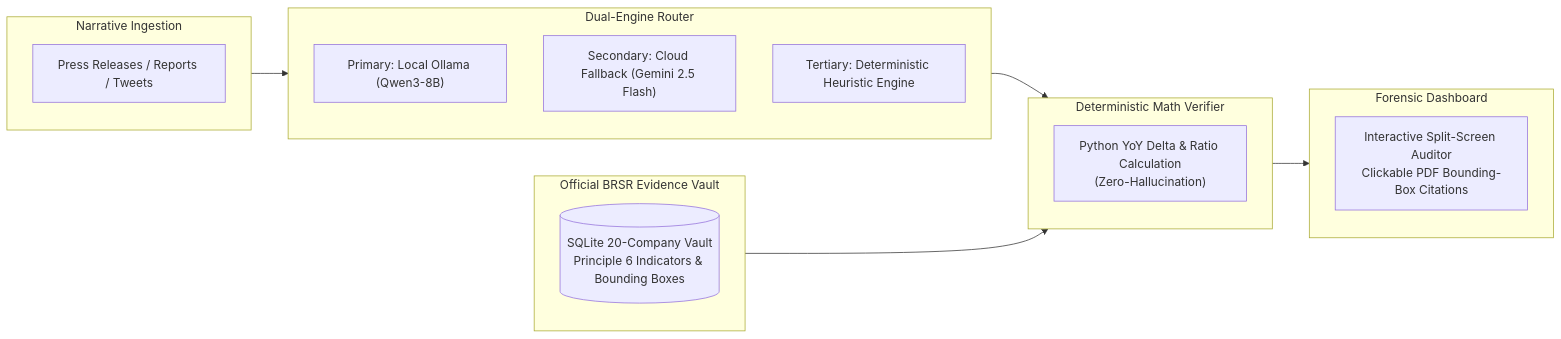
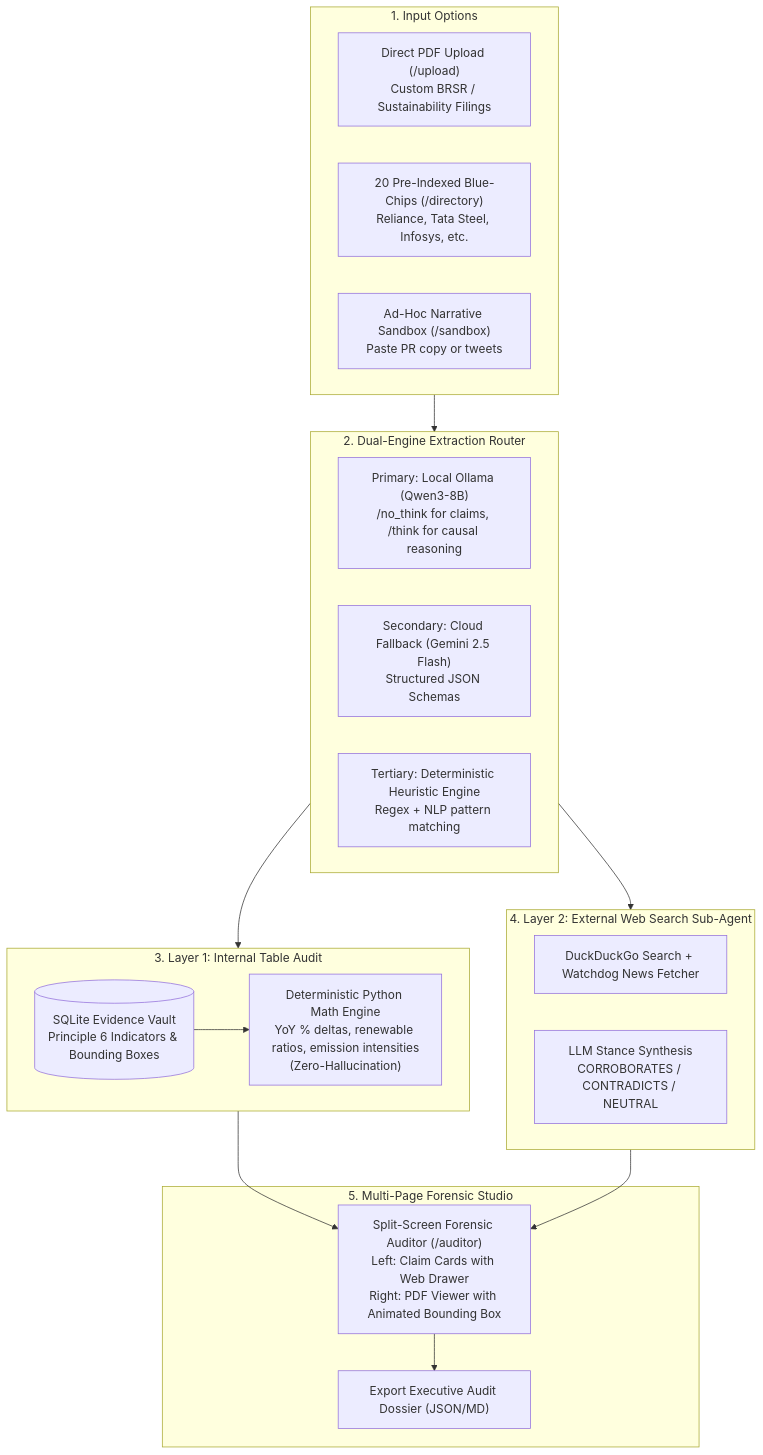
One commit to ojascoding100/Vishwakarandak26Hackathon changed the diagram in README.md. Above: the diagram before and after it, drawn with Mermaid. The commit also changed other lines of this file and 43 other files, not shown here.

Commit message:
feat(phase-2): multi-page app router, live PDF upload studio, and web search sub-agent

````diff
--- a/README.md
+++ b/README.md
@@ -35,29 +36,37 @@
 ```mermaid
-flowchart LR
-    subgraph INGESTION["Narrative Ingestion"]
-        PR["Press Releases / Reports / Tweets"]
+flowchart TD
+    subgraph INPUT["1. Input Options"]
+        UPLOAD["Direct PDF Upload (/upload)<br>Custom BRSR / Sustainability Filings"]
+        INDEX["20 Pre-Indexed Blue-Chips (/directory)<br>Reliance, Tata Steel, Infosys, etc."]
+        SANDBOX["Ad-Hoc Narrative Sandbox (/sandbox)<br>Paste PR copy or tweets"]
     end
 
-    subgraph ENGINE["Dual-Engine Router"]
-        OLLAMA["Primary: Local Ollama (Qwen3-8B)"]
-        CLOUD["Secondary: Cloud Fallback (Gemini 2.5 Flash)"]
-        HEURISTIC["Tertiary: Deterministic Heuristic Engine"]
+    subgraph ENGINE["2. Dual-Engine Extraction Router"]
+        OLLAMA["Primary: Local Ollama (Qwen3-8B)<br>/no_think for claims, /think for causal reasoning"]
+        CLOUD["Secondary: Cloud Fallback (Gemini 2.5 Flash)<br>Structured JSON Schemas"]
+        HEURISTIC["Tertiary: Deterministic Heuristic Engine<br>Regex + NLP pattern matching"]
     end
 
-    subgraph DETERMINISTIC["Deterministic Math Verifier"]
-        MATH["Python YoY Delta & Ratio Calculation<br>(Zero-Hallucination)"]
+    subgraph LAYER1["3. Layer 1: Internal Table Audit"]
+        MATH["Deterministic Python Math Engine<br>YoY % deltas, renewable ratios, emission intensities<br>(Zero-Hallucination)"]
+        VAULT[("SQLite Evidence Vault<br>Principle 6 Indicators & Bounding Boxes")]
     end
 
-    subgraph VAULT["Official BRSR Evidence Vault"]
-        DB[("SQLite 20-Company Vault<br>Principle 6 Indicators & Bounding Boxes")]
+    subgraph LAYER2["4. Layer 2: External Web Search Sub-Agent"]
+        DDG["DuckDuckGo Search + Watchdog News Fetcher"]
+        STANCE["LLM Stance Synthesis<br>CORROBORATES / CONTRADICTS / NEUTRAL"]
     end
 
-    subgraph UI["Forensic Dashboard"]
-        SPLIT["Interactive Split-Screen Auditor<br>Clickable PDF Bounding-Box Citations"]
+    subgraph UI["5. Multi-Page Forensic Studio"]
+        AUDITOR["Split-Screen Forensic Auditor (/auditor)<br>Left: Claim Cards with Web Drawer<br>Right: PDF Viewer with Animated Bounding Box"]
+        EXPORT["Export Executive Audit Dossier (JSON/MD)"]
     end
 
-    INGESTION --> ENGINE
-    ENGINE --> DETERMINISTIC
-    VAULT --> DETERMINISTIC
-    DETERMINISTIC --> UI
+    INPUT --> ENGINE
+    ENGINE --> LAYER1
+    VAULT --> MATH
+    ENGINE --> LAYER2
+    LAYER1 --> AUDITOR
+    LAYER2 --> AUDITOR
+    AUDITOR --> EXPORT
 ```
````
